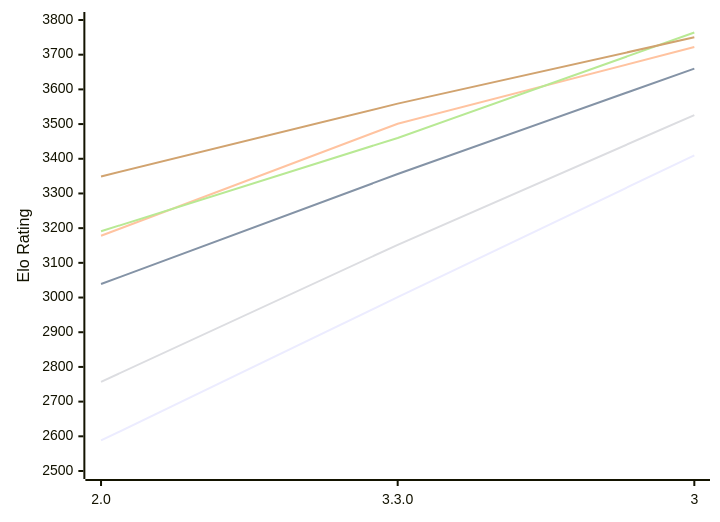
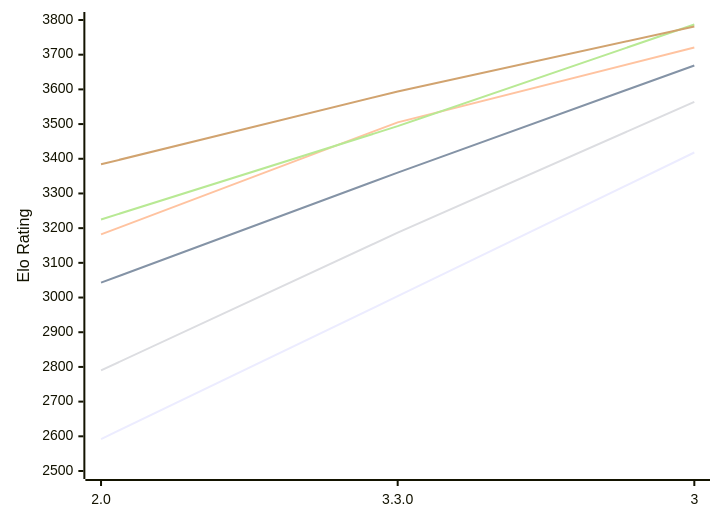
One commit to computer-chess-index/cci changed the diagram in engines/Ravager.md. Above: the diagram before and after it, drawn with Mermaid. The commit also changed other lines of this file, not shown here.

Commit message:
Update CCI Ratings (ELO VLTC) - 2026-11-01

````diff
--- a/engines/Ravager.md
+++ b/engines/Ravager.md
@@ -51,12 +51,12 @@
 ```mermaid
 %%{init: {"theme":"base","themeVariables":{"seriesColors:['#a3a3a3','#222221','#faa371']}}}%%
 xychart-beta
   x-axis ["2.0", "3.3.0", "3"]
   y-axis "Elo Rating" 2500 --> 3800
-  line "E1: STC (8.0+0.08s)" [2588, 3001, 3410]
-  line "E1: LTC (60.0+0.60s)" [3039, 3356, 3660]
-  line "E1: VLTC (2m24s+1.12s)" [3178, 3501, 3722]
-  line "P1: STC (8.0+0.08s)" [2757, 3152, 3526]
-  line "P1: LTC (60.0+0.60s)" [3191, 3460, 3764]
-  line "P1: VLTC (2m24s+1.12s)" [3349, 3559, 3750]
+  line "E1: STC (8.0+0.08s)" [2592, 3004, 3418]
+  line "E1: LTC (60.0+0.60s)" [3043, 3360, 3669]
+  line "E1: VLTC (2m24s+1.12s)" [3182, 3505, 3721]
+  line "P1: STC (8.0+0.08s)" [2790, 3187, 3564]
+  line "P1: LTC (60.0+0.60s)" [3225, 3494, 3787]
+  line "P1: VLTC (2m24s+1.12s)" [3384, 3594, 3781]
 ```
````
